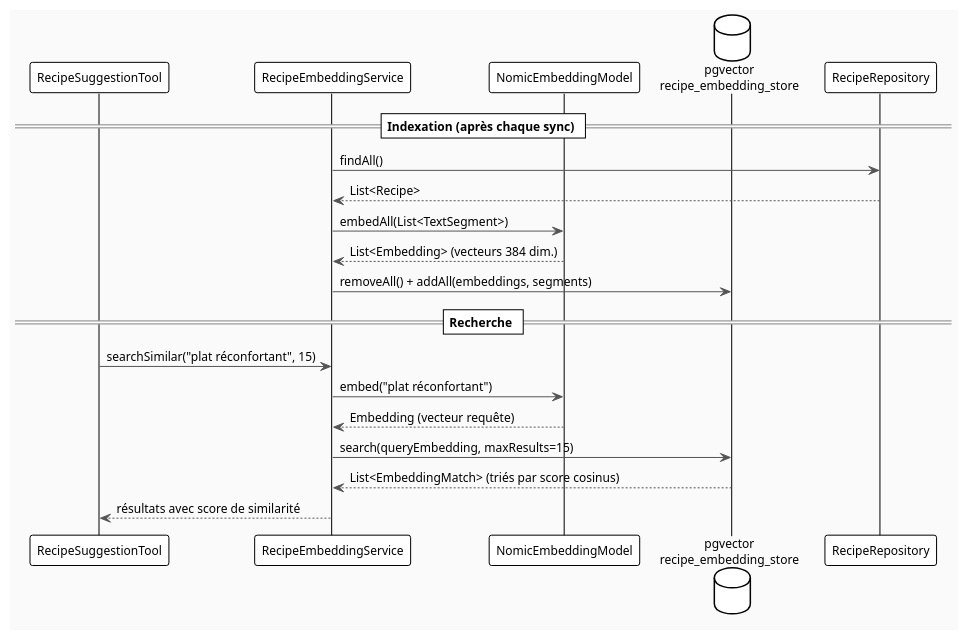
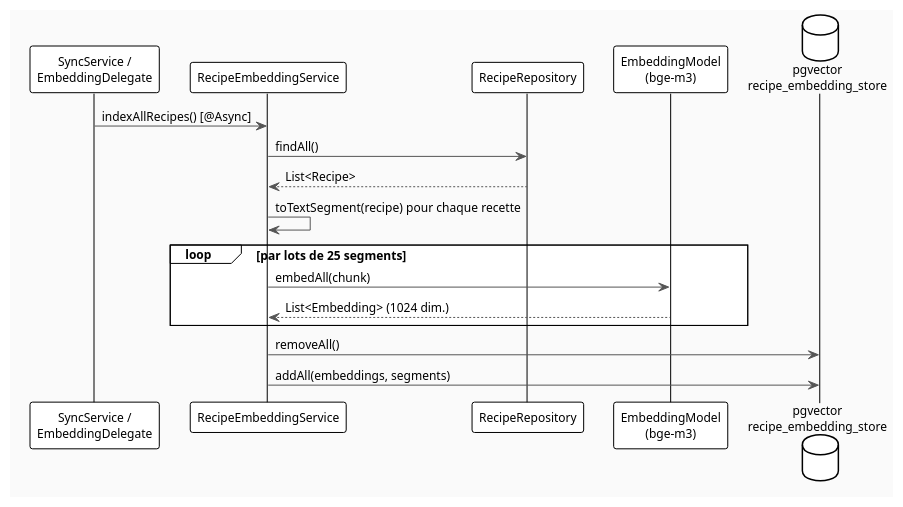
Before and after one commit to seblaporte/KitchenVault: the second of 3 diagrams in docs/modules/ROOT/pages/ai.adoc, drawn with PlantUML. The commit also changed other lines of this file and 54 other files, not shown here.

```diff
--- a/docs/modules/ROOT/pages/ai.adoc
+++ b/docs/modules/ROOT/pages/ai.adoc
@@ -132,30 +128,28 @@
 [plantuml]
 ....
 @startuml
 !theme plain
 skinparam backgroundColor #FAFAFA
 skinparam defaultFontSize 12
 skinparam ArrowColor #555555
 
-participant "RecipeSuggestionTool" as Tool
+participant "SyncService /\nEmbeddingDelegate" as Trigger
 participant "RecipeEmbeddingService" as Svc
-participant "NomicEmbeddingModel" as Nomic
+participant "RecipeRepository" as Repo
+participant "EmbeddingModel\n(bge-m3)" as Embed
 database "pgvector\nrecipe_embedding_store" as PG
-participant "RecipeRepository" as Repo
 
-== Indexation (après chaque sync) ==
+Trigger -> Svc : indexAllRecipes() [@Async]
 Svc -> Repo : findAll()
 Repo --> Svc : List<Recipe>
-Svc -> Nomic : embedAll(List<TextSegment>)
-Nomic --> Svc : List<Embedding> (vecteurs 384 dim.)
-Svc -> PG : removeAll() + addAll(embeddings, segments)
+Svc -> Svc : toTextSegment(recipe) pour chaque recette
 
-== Recherche ==
-Tool -> Svc : searchSimilar("plat réconfortant", 15)
-Svc -> Nomic : embed("plat réconfortant")
-Nomic --> Svc : Embedding (vecteur requête)
-Svc -> PG : search(queryEmbedding, maxResults=15)
-PG --> Svc : List<EmbeddingMatch> (triés par score cosinus)
-Svc --> Tool : résultats avec score de similarité
+loop par lots de 25 segments
+  Svc -> Embed : embedAll(chunk)
+  Embed --> Svc : List<Embedding> (1024 dim.)
+end
+
+Svc -> PG : removeAll()
+Svc -> PG : addAll(embeddings, segments)
 @enduml
 ....
```
